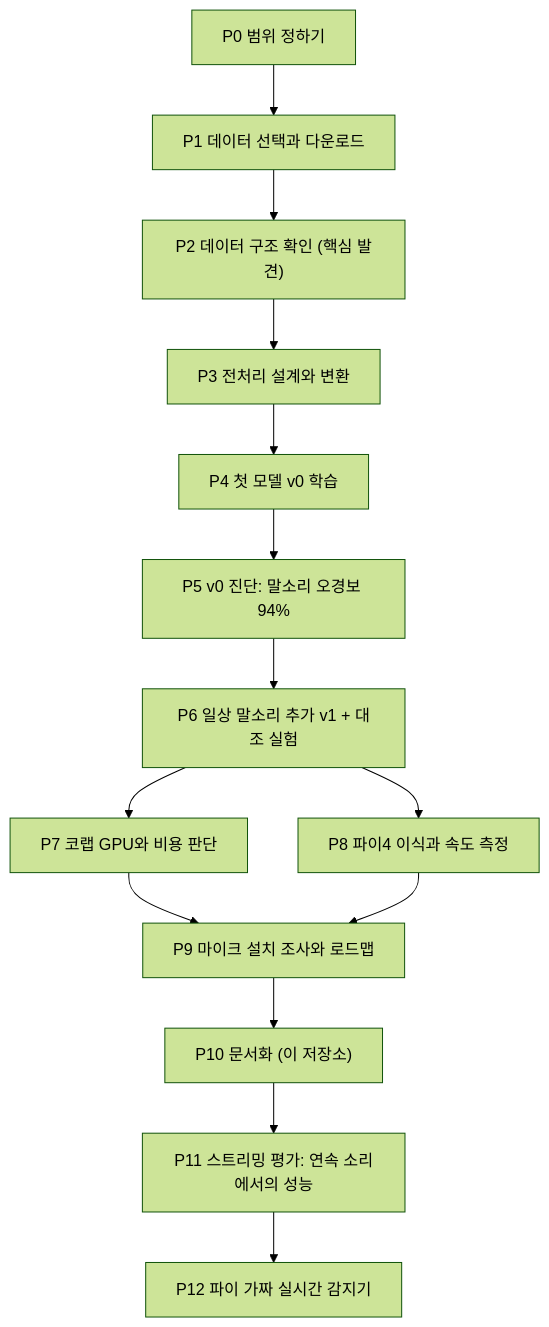
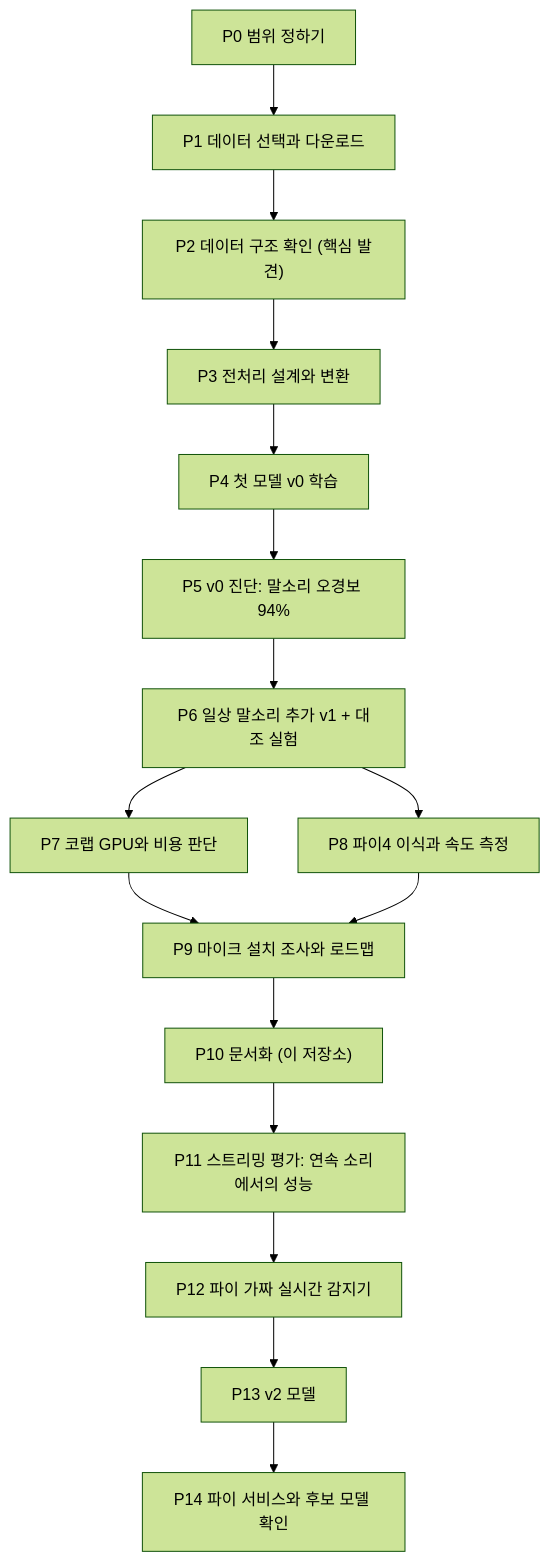
One commit to parkjiwon3225-ship-it/AI_HUMAN_CARE changed the diagram in docs/01_TIMELINE.md. Above: the diagram before and after it, drawn with Mermaid (forest theme). The commit also changed other lines of this file and 17 other files, not shown here.

````diff
--- a/docs/01_TIMELINE.md
+++ b/docs/01_TIMELINE.md
@@ -9,16 +9,18 @@
 ```mermaid
 flowchart TD
   P0["P0 범위 정하기"] --> P1["P1 데이터 선택과 다운로드"]
   P1 --> P2["P2 데이터 구조 확인 (핵심 발견)"]
   P2 --> P3["P3 전처리 설계와 변환"]
   P3 --> P4["P4 첫 모델 v0 학습"]
   P4 --> P5["P5 v0 진단: 말소리 오경보 94%"]
   P5 --> P6["P6 일상 말소리 추가 v1 + 대조 실험"]
   P6 --> P7["P7 코랩 GPU와 비용 판단"]
   P6 --> P8["P8 파이4 이식과 속도 측정"]
   P7 --> P9["P9 마이크 설치 조사와 로드맵"]
   P8 --> P9
   P9 --> P10["P10 문서화 (이 저장소)"]
   P10 --> P11["P11 스트리밍 평가: 연속 소리에서의 성능"]
   P11 --> P12["P12 파이 가짜 실시간 감지기"]
+  P12 --> P13["P13 v2 모델"]
+  P13 --> P14["P14 파이 서비스와 후보 모델 확인"]
 ```
````
